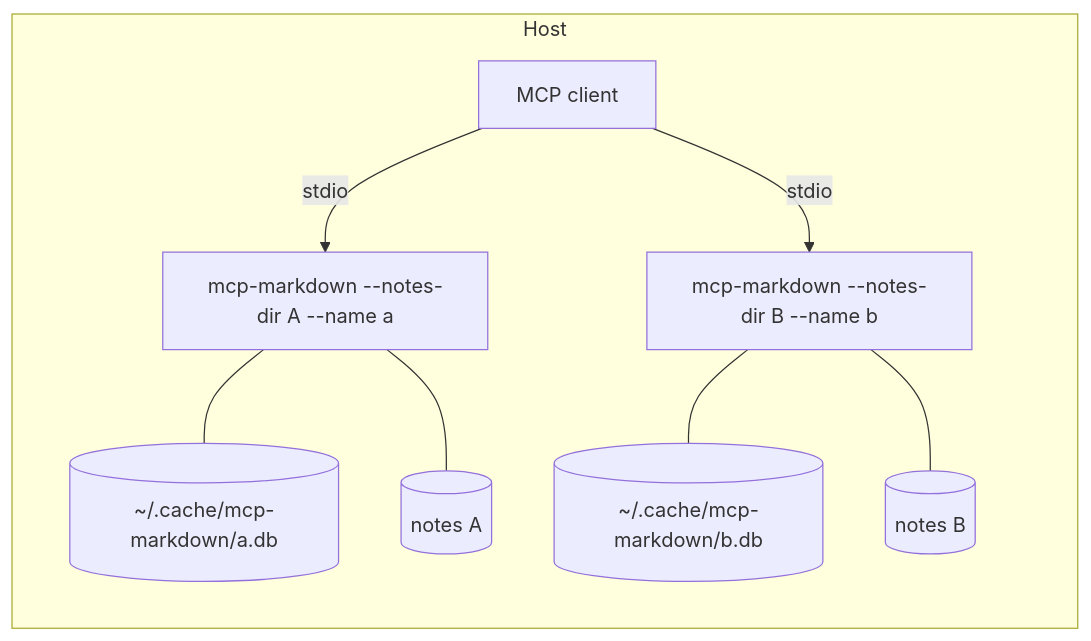
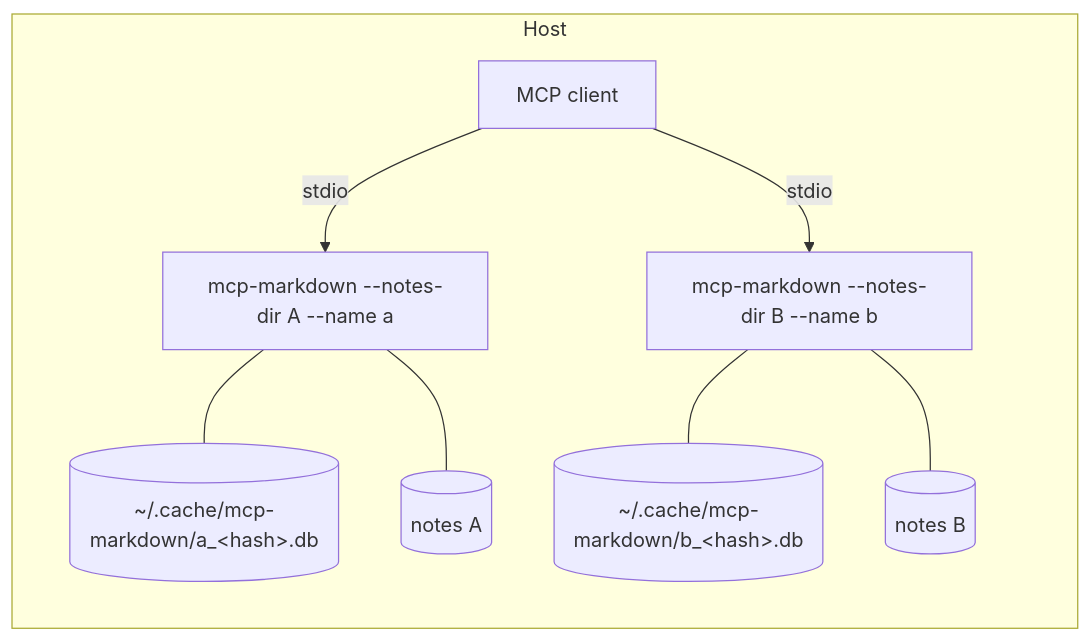
The fourth of 4 diagrams in docs/architecture.md (simon123h/karpathy-mcp), drawn with Mermaid before and after one commit. The commit also changed other lines of this file and 5 other files, not shown here.

First line of the commit message:
fix: include a hash of the notes directory in the default cache file name

````diff
--- a/docs/architecture.md
+++ b/docs/architecture.md
@@ -162,11 +162,11 @@
 ```mermaid
 flowchart LR
     subgraph Host
       Client["MCP client"] -- "stdio" --> P1["mcp-markdown --notes-dir A --name a"]
       Client -- "stdio" --> P2["mcp-markdown --notes-dir B --name b"]
-      P1 --- D1[("~/.cache/mcp-markdown/a.db")]
-      P2 --- D2[("~/.cache/mcp-markdown/b.db")]
+      P1 --- D1[("~/.cache/mcp-markdown/a_&lt;hash&gt;.db")]
+      P2 --- D2[("~/.cache/mcp-markdown/b_&lt;hash&gt;.db")]
       P1 --- NA[("notes A")]
       P2 --- NB[("notes B")]
     end
 ```
````
